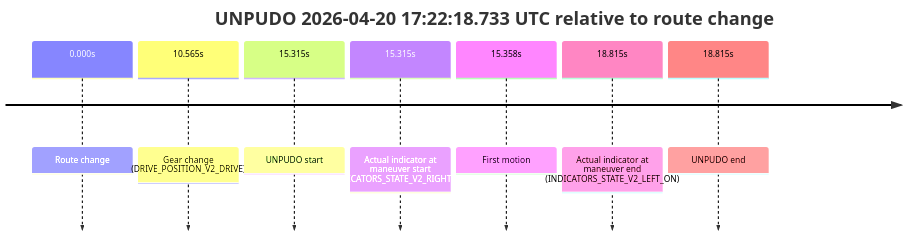
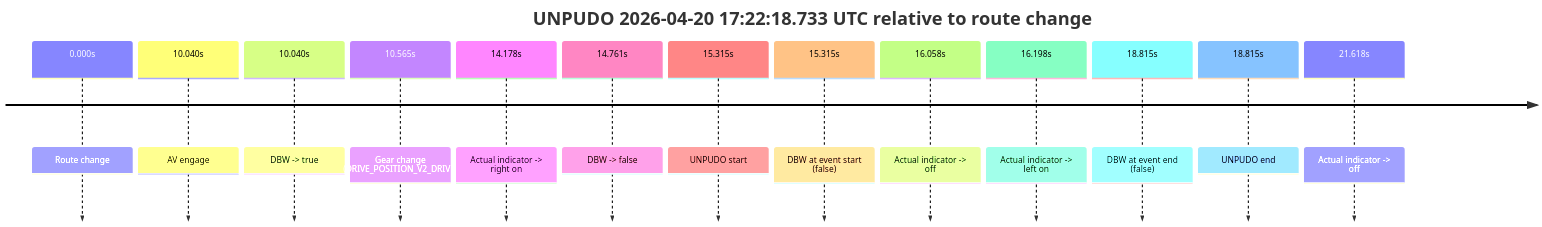
The sixth of 7 diagrams in model_analysis/report_cards/2026/04/Week-4/fme20038--2026-04-20--16-20-45--gen2-av-fbe4e51a-0dd9-4a52-9bc6-eff63f0939cd.md (yoelshapiro/vault), drawn with Mermaid before and after one commit. The commit also changed other lines of this file and 85 other files, not shown here.

````diff
--- a/model_analysis/report_cards/2026/04/Week-4/fme20038--2026-04-20--16-20-45--gen2-av-fbe4e51a-0dd9-4a52-9bc6-eff63f0939cd.md
+++ b/model_analysis/report_cards/2026/04/Week-4/fme20038--2026-04-20--16-20-45--gen2-av-fbe4e51a-0dd9-4a52-9bc6-eff63f0939cd.md
@@ -470,11 +499,17 @@
 ```mermaid
 timeline
     title UNPUDO 2026-04-20 17:22:18.733 UTC relative to route change
     0.000s : Route change
+    10.040s : AV engage
+    10.040s : DBW -> true
     10.565s : Gear change (DRIVE_POSITION_V2_DRIVE)
+    14.178s : Actual indicator -> right on
+    14.761s : DBW -> false
     15.315s : UNPUDO start
-    15.315s : Actual indicator at maneuver start (INDICATORS_STATE_V2_RIGHT_ON)
-    15.358s : First motion
-    18.815s : Actual indicator at maneuver end (INDICATORS_STATE_V2_LEFT_ON)
+    15.315s : DBW at event start (false)
+    16.058s : Actual indicator -> off
+    16.198s : Actual indicator -> left on
+    18.815s : DBW at event end (false)
     18.815s : UNPUDO end
+    21.618s : Actual indicator -> off
 ```
````
